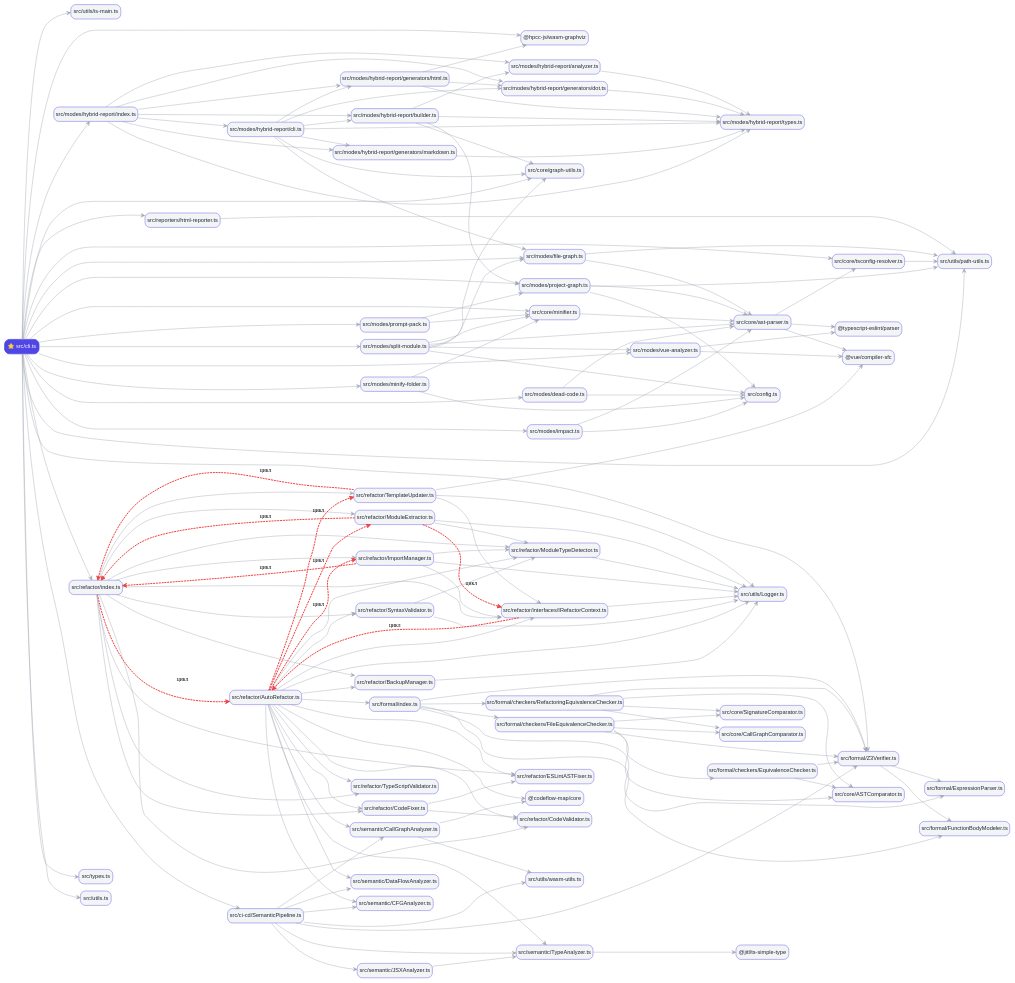
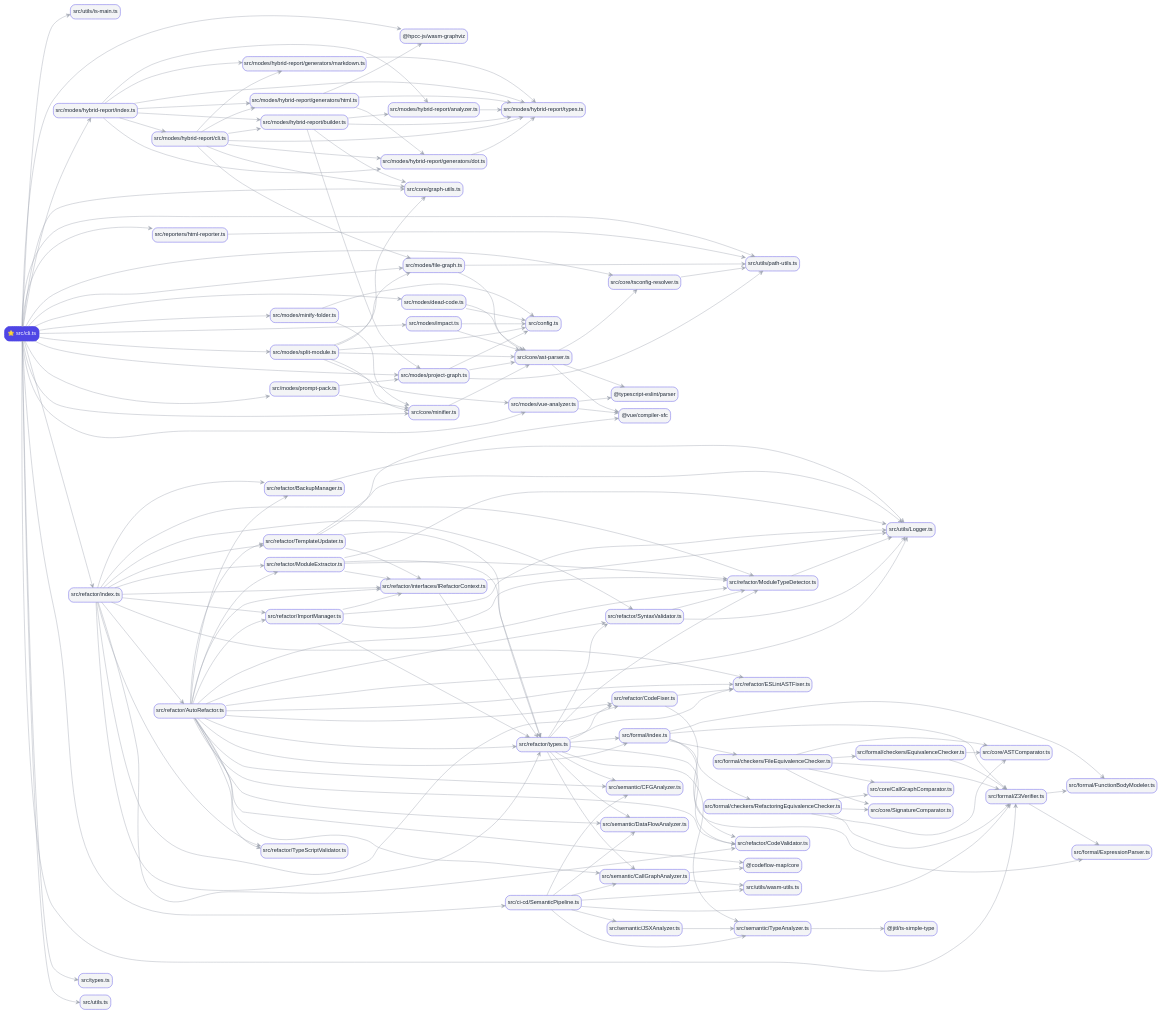
One commit to ZababurinSergei/ast-analyzer changed the diagram in reports/component-tree-deep/output.dot. Above: the diagram before and after it, drawn with Graphviz. The commit also changed 14 other files, not shown here.

```diff
--- a/reports/component-tree-deep/output.dot
+++ b/reports/component-tree-deep/output.dot
@@ -1,158 +1,169 @@
 digraph "Dependency Graph" {
   rankdir=LR;
   splines=true;
   node [shape=box, style="filled,rounded", color="#4f46e5", fontname="Arial", fillcolor="#f3f4f6", fontcolor="#1f2937", penwidth=1];
   edge [color="#9ca3af", arrowhead=vee, penwidth=1];
   "src/cli.ts" [fillcolor="#4f46e5", fontcolor="#ffffff", penwidth=2, label="⭐ src/cli.ts"];
   "src/cli.ts" -> "src/utils/is-main.ts";
   "src/cli.ts" -> "@hpcc-js/wasm-graphviz";
   "src/cli.ts" -> "src/core/minifier.ts";
   "src/cli.ts" -> "src/core/graph-utils.ts";
   "src/cli.ts" -> "src/core/tsconfig-resolver.ts";
   "src/cli.ts" -> "src/modes/project-graph.ts";
   "src/cli.ts" -> "src/modes/file-graph.ts";
   "src/cli.ts" -> "src/modes/prompt-pack.ts";
   "src/cli.ts" -> "src/modes/split-module.ts";
   "src/cli.ts" -> "src/modes/impact.ts";
   "src/cli.ts" -> "src/modes/dead-code.ts";
   "src/cli.ts" -> "src/modes/minify-folder.ts";
   "src/cli.ts" -> "src/modes/vue-analyzer.ts";
   "src/cli.ts" -> "src/refactor/index.ts";
   "src/cli.ts" -> "src/ci-cd/SemanticPipeline.ts";
   "src/cli.ts" -> "src/formal/Z3Verifier.ts";
   "src/cli.ts" -> "src/modes/hybrid-report/index.ts";
   "src/cli.ts" -> "src/reporters/html-reporter.ts";
   "src/cli.ts" -> "src/types.ts";
   "src/cli.ts" -> "src/utils.ts";
   "src/cli.ts" -> "src/utils/path-utils.ts";
   "src/core/minifier.ts" -> "src/core/ast-parser.ts";
   "src/core/tsconfig-resolver.ts" -> "src/utils/path-utils.ts";
   "src/modes/project-graph.ts" -> "src/core/ast-parser.ts";
   "src/modes/project-graph.ts" -> "src/config.ts";
   "src/modes/project-graph.ts" -> "src/utils/path-utils.ts";
   "src/modes/file-graph.ts" -> "src/core/ast-parser.ts";
   "src/modes/file-graph.ts" -> "src/utils/path-utils.ts";
   "src/modes/prompt-pack.ts" -> "src/modes/project-graph.ts";
   "src/modes/prompt-pack.ts" -> "src/core/minifier.ts";
   "src/modes/split-module.ts" -> "src/core/ast-parser.ts";
   "src/modes/split-module.ts" -> "src/core/minifier.ts";
   "src/modes/split-module.ts" -> "src/modes/file-graph.ts";
   "src/modes/split-module.ts" -> "src/core/graph-utils.ts";
   "src/modes/split-module.ts" -> "src/config.ts";
   "src/modes/split-module.ts" -> "src/modes/vue-analyzer.ts";
   "src/modes/impact.ts" -> "src/core/ast-parser.ts";
   "src/modes/impact.ts" -> "src/config.ts";
   "src/modes/dead-code.ts" -> "src/core/ast-parser.ts";
   "src/modes/dead-code.ts" -> "src/config.ts";
   "src/modes/minify-folder.ts" -> "src/core/minifier.ts";
   "src/modes/minify-folder.ts" -> "src/config.ts";
   "src/modes/vue-analyzer.ts" -> "@vue/compiler-sfc";
   "src/modes/vue-analyzer.ts" -> "@typescript-eslint/parser";
-  "src/refactor/index.ts" -> "src/refactor/AutoRefactor.ts" [color="#ef4444", penwidth=2.5, style="dashed", label="цикл"];
+  "src/refactor/index.ts" -> "src/refactor/types.ts";
+  "src/refactor/index.ts" -> "src/refactor/AutoRefactor.ts";
   "src/refactor/index.ts" -> "src/refactor/ModuleExtractor.ts";
   "src/refactor/index.ts" -> "src/refactor/ImportManager.ts";
   "src/refactor/index.ts" -> "src/refactor/TypeScriptValidator.ts";
   "src/refactor/index.ts" -> "src/refactor/ESLintASTFixer.ts";
   "src/refactor/index.ts" -> "src/refactor/CodeValidator.ts";
   "src/refactor/index.ts" -> "src/refactor/CodeFixer.ts";
   "src/refactor/index.ts" -> "src/refactor/TemplateUpdater.ts";
   "src/refactor/index.ts" -> "src/refactor/SyntaxValidator.ts";
   "src/refactor/index.ts" -> "src/refactor/ModuleTypeDetector.ts";
   "src/refactor/index.ts" -> "src/refactor/BackupManager.ts";
   "src/refactor/index.ts" -> "src/refactor/interfaces/IRefactorContext.ts";
   "src/ci-cd/SemanticPipeline.ts" -> "src/semantic/CFGAnalyzer.ts";
   "src/ci-cd/SemanticPipeline.ts" -> "src/semantic/CallGraphAnalyzer.ts";
   "src/ci-cd/SemanticPipeline.ts" -> "src/semantic/TypeAnalyzer.ts";
   "src/ci-cd/SemanticPipeline.ts" -> "src/semantic/DataFlowAnalyzer.ts";
   "src/ci-cd/SemanticPipeline.ts" -> "src/formal/Z3Verifier.ts";
   "src/ci-cd/SemanticPipeline.ts" -> "src/semantic/JSXAnalyzer.ts";
   "src/ci-cd/SemanticPipeline.ts" -> "src/utils/wasm-utils.ts";
   "src/formal/Z3Verifier.ts" -> "src/formal/ExpressionParser.ts";
   "src/formal/Z3Verifier.ts" -> "src/formal/FunctionBodyModeler.ts";
   "src/modes/hybrid-report/index.ts" -> "src/modes/hybrid-report/types.ts";
   "src/modes/hybrid-report/index.ts" -> "src/modes/hybrid-report/cli.ts";
   "src/modes/hybrid-report/index.ts" -> "src/modes/hybrid-report/builder.ts";
   "src/modes/hybrid-report/index.ts" -> "src/modes/hybrid-report/analyzer.ts";
   "src/modes/hybrid-report/index.ts" -> "src/modes/hybrid-report/generators/dot.ts";
   "src/modes/hybrid-report/index.ts" -> "src/modes/hybrid-report/generators/html.ts";
   "src/modes/hybrid-report/index.ts" -> "src/modes/hybrid-report/generators/markdown.ts";
   "src/reporters/html-reporter.ts" -> "src/utils/path-utils.ts";
   "src/core/ast-parser.ts" -> "@typescript-eslint/parser";
   "src/core/ast-parser.ts" -> "@vue/compiler-sfc";
   "src/core/ast-parser.ts" -> "src/core/tsconfig-resolver.ts";
+  "src/refactor/types.ts" -> "src/semantic/CFGAnalyzer.ts";
+  "src/refactor/types.ts" -> "src/semantic/CallGraphAnalyzer.ts";
+  "src/refactor/types.ts" -> "src/semantic/DataFlowAnalyzer.ts";
+  "src/refactor/types.ts" -> "src/semantic/TypeAnalyzer.ts";
+  "src/refactor/types.ts" -> "src/formal/index.ts";
+  "src/refactor/types.ts" -> "src/refactor/ESLintASTFixer.ts";
+  "src/refactor/types.ts" -> "src/refactor/CodeValidator.ts";
+  "src/refactor/types.ts" -> "src/refactor/CodeFixer.ts";
+  "src/refactor/types.ts" -> "src/refactor/ModuleTypeDetector.ts";
+  "src/refactor/types.ts" -> "src/refactor/SyntaxValidator.ts";
   "src/refactor/AutoRefactor.ts" -> "src/utils/Logger.ts";
-  "src/refactor/AutoRefactor.ts" -> "src/refactor/ModuleExtractor.ts" [color="#ef4444", penwidth=2.5, style="dashed", label="цикл"];
-  "src/refactor/AutoRefactor.ts" -> "src/refactor/ImportManager.ts" [color="#ef4444", penwidth=2.5, style="dashed", label="цикл"];
+  "src/refactor/AutoRefactor.ts" -> "src/refactor/ModuleExtractor.ts";
+  "src/refactor/AutoRefactor.ts" -> "src/refactor/ImportManager.ts";
   "src/refactor/AutoRefactor.ts" -> "src/refactor/TypeScriptValidator.ts";
   "src/refactor/AutoRefactor.ts" -> "src/refactor/ESLintASTFixer.ts";
   "src/refactor/AutoRefactor.ts" -> "src/refactor/CodeValidator.ts";
   "src/refactor/AutoRefactor.ts" -> "src/refactor/CodeFixer.ts";
-  "src/refactor/AutoRefactor.ts" -> "src/refactor/TemplateUpdater.ts" [color="#ef4444", penwidth=2.5, style="dashed", label="цикл"];
+  "src/refactor/AutoRefactor.ts" -> "src/refactor/TemplateUpdater.ts";
   "src/refactor/AutoRefactor.ts" -> "@codeflow-map/core";
   "src/refactor/AutoRefactor.ts" -> "src/semantic/CFGAnalyzer.ts";
   "src/refactor/AutoRefactor.ts" -> "src/semantic/CallGraphAnalyzer.ts";
   "src/refactor/AutoRefactor.ts" -> "src/semantic/DataFlowAnalyzer.ts";
-  "src/refactor/AutoRefactor.ts" -> "src/semantic/TypeAnalyzer.ts";
   "src/refactor/AutoRefactor.ts" -> "src/refactor/SyntaxValidator.ts";
   "src/refactor/AutoRefactor.ts" -> "src/refactor/ModuleTypeDetector.ts";
   "src/refactor/AutoRefactor.ts" -> "src/refactor/BackupManager.ts";
   "src/refactor/AutoRefactor.ts" -> "src/formal/index.ts";
   "src/refactor/AutoRefactor.ts" -> "src/refactor/interfaces/IRefactorContext.ts";
-  "src/refactor/ModuleExtractor.ts" -> "src/refactor/index.ts" [color="#ef4444", penwidth=2.5, style="dashed", label="цикл"];
+  "src/refactor/AutoRefactor.ts" -> "src/refactor/types.ts";
   "src/refactor/ModuleExtractor.ts" -> "src/utils/Logger.ts";
   "src/refactor/ModuleExtractor.ts" -> "src/refactor/ModuleTypeDetector.ts";
-  "src/refactor/ModuleExtractor.ts" -> "src/refactor/interfaces/IRefactorContext.ts" [color="#ef4444", penwidth=2.5, style="dashed", label="цикл"];
-  "src/refactor/ImportManager.ts" -> "src/refactor/index.ts" [color="#ef4444", penwidth=2.5, style="dashed", label="цикл"];
+  "src/refactor/ModuleExtractor.ts" -> "src/refactor/interfaces/IRefactorContext.ts";
+  "src/refactor/ModuleExtractor.ts" -> "src/refactor/types.ts";
+  "src/refactor/ImportManager.ts" -> "src/refactor/types.ts";
   "src/refactor/ImportManager.ts" -> "src/utils/Logger.ts";
   "src/refactor/ImportManager.ts" -> "src/refactor/ModuleTypeDetector.ts";
   "src/refactor/ImportManager.ts" -> "src/refactor/interfaces/IRefactorContext.ts";
   "src/refactor/CodeFixer.ts" -> "src/refactor/CodeValidator.ts";
   "src/refactor/CodeFixer.ts" -> "src/refactor/ESLintASTFixer.ts";
   "src/refactor/TemplateUpdater.ts" -> "src/refactor/interfaces/IRefactorContext.ts";
   "src/refactor/TemplateUpdater.ts" -> "@vue/compiler-sfc";
-  "src/refactor/TemplateUpdater.ts" -> "src/refactor/index.ts" [color="#ef4444", penwidth=2.5, style="dashed", label="цикл"];
+  "src/refactor/TemplateUpdater.ts" -> "src/refactor/types.ts";
   "src/refactor/TemplateUpdater.ts" -> "src/utils/Logger.ts";
   "src/refactor/SyntaxValidator.ts" -> "src/utils/Logger.ts";
   "src/refactor/SyntaxValidator.ts" -> "src/refactor/ModuleTypeDetector.ts";
   "src/refactor/ModuleTypeDetector.ts" -> "src/utils/Logger.ts";
   "src/refactor/BackupManager.ts" -> "src/utils/Logger.ts";
-  "src/refactor/interfaces/IRefactorContext.ts" -> "src/refactor/AutoRefactor.ts" [color="#ef4444", penwidth=2.5, style="dashed", label="цикл"];
+  "src/refactor/interfaces/IRefactorContext.ts" -> "src/refactor/types.ts";
   "src/refactor/interfaces/IRefactorContext.ts" -> "src/utils/Logger.ts";
   "src/semantic/CallGraphAnalyzer.ts" -> "@codeflow-map/core";
   "src/semantic/CallGraphAnalyzer.ts" -> "src/utils/wasm-utils.ts";
   "src/semantic/TypeAnalyzer.ts" -> "@jitl/ts-simple-type";
   "src/semantic/JSXAnalyzer.ts" -> "src/semantic/TypeAnalyzer.ts";
   "src/modes/hybrid-report/cli.ts" -> "src/modes/file-graph.ts";
   "src/modes/hybrid-report/cli.ts" -> "src/core/graph-utils.ts";
   "src/modes/hybrid-report/cli.ts" -> "src/modes/hybrid-report/types.ts";
   "src/modes/hybrid-report/cli.ts" -> "src/modes/hybrid-report/builder.ts";
   "src/modes/hybrid-report/cli.ts" -> "src/modes/hybrid-report/generators/dot.ts";
   "src/modes/hybrid-report/cli.ts" -> "src/modes/hybrid-report/generators/html.ts";
   "src/modes/hybrid-report/cli.ts" -> "src/modes/hybrid-report/generators/markdown.ts";
   "src/modes/hybrid-report/builder.ts" -> "src/modes/project-graph.ts";
   "src/modes/hybrid-report/builder.ts" -> "src/core/graph-utils.ts";
   "src/modes/hybrid-report/builder.ts" -> "src/modes/hybrid-report/types.ts";
   "src/modes/hybrid-report/builder.ts" -> "src/modes/hybrid-report/analyzer.ts";
   "src/modes/hybrid-report/analyzer.ts" -> "src/modes/hybrid-report/types.ts";
   "src/modes/hybrid-report/generators/dot.ts" -> "src/modes/hybrid-report/types.ts";
   "src/modes/hybrid-report/generators/html.ts" -> "@hpcc-js/wasm-graphviz";
   "src/modes/hybrid-report/generators/html.ts" -> "src/modes/hybrid-report/types.ts";
   "src/modes/hybrid-report/generators/html.ts" -> "src/modes/hybrid-report/generators/dot.ts";
   "src/modes/hybrid-report/generators/markdown.ts" -> "src/modes/hybrid-report/types.ts";
   "src/formal/index.ts" -> "src/formal/Z3Verifier.ts";
   "src/formal/index.ts" -> "src/formal/FunctionBodyModeler.ts";
   "src/formal/index.ts" -> "src/formal/checkers/FileEquivalenceChecker.ts";
   "src/formal/index.ts" -> "src/formal/checkers/RefactoringEquivalenceChecker.ts";
   "src/formal/index.ts" -> "src/formal/ExpressionParser.ts";
   "src/formal/checkers/FileEquivalenceChecker.ts" -> "src/formal/checkers/EquivalenceChecker.ts";
   "src/formal/checkers/FileEquivalenceChecker.ts" -> "src/formal/Z3Verifier.ts";
   "src/formal/checkers/FileEquivalenceChecker.ts" -> "src/core/ASTComparator.ts";
   "src/formal/checkers/FileEquivalenceChecker.ts" -> "src/core/SignatureComparator.ts";
   "src/formal/checkers/FileEquivalenceChecker.ts" -> "src/core/CallGraphComparator.ts";
   "src/formal/checkers/RefactoringEquivalenceChecker.ts" -> "src/formal/Z3Verifier.ts";
   "src/formal/checkers/RefactoringEquivalenceChecker.ts" -> "src/core/ASTComparator.ts";
   "src/formal/checkers/RefactoringEquivalenceChecker.ts" -> "src/core/SignatureComparator.ts";
   "src/formal/checkers/RefactoringEquivalenceChecker.ts" -> "src/core/CallGraphComparator.ts";
   "src/formal/checkers/EquivalenceChecker.ts" -> "src/formal/Z3Verifier.ts";
   "src/formal/checkers/EquivalenceChecker.ts" -> "src/core/ASTComparator.ts";
 }
```
